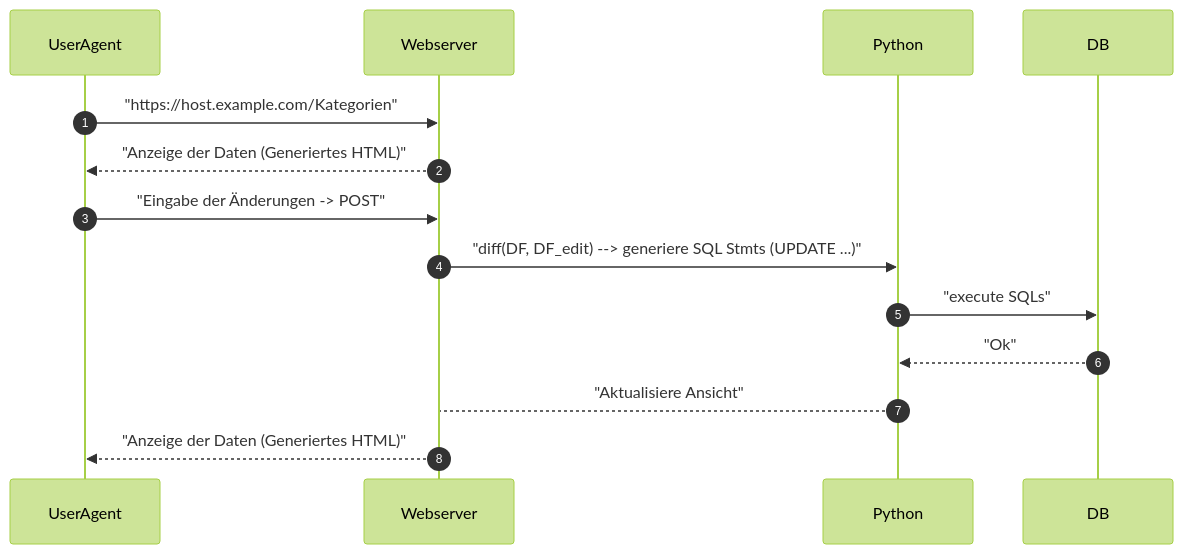
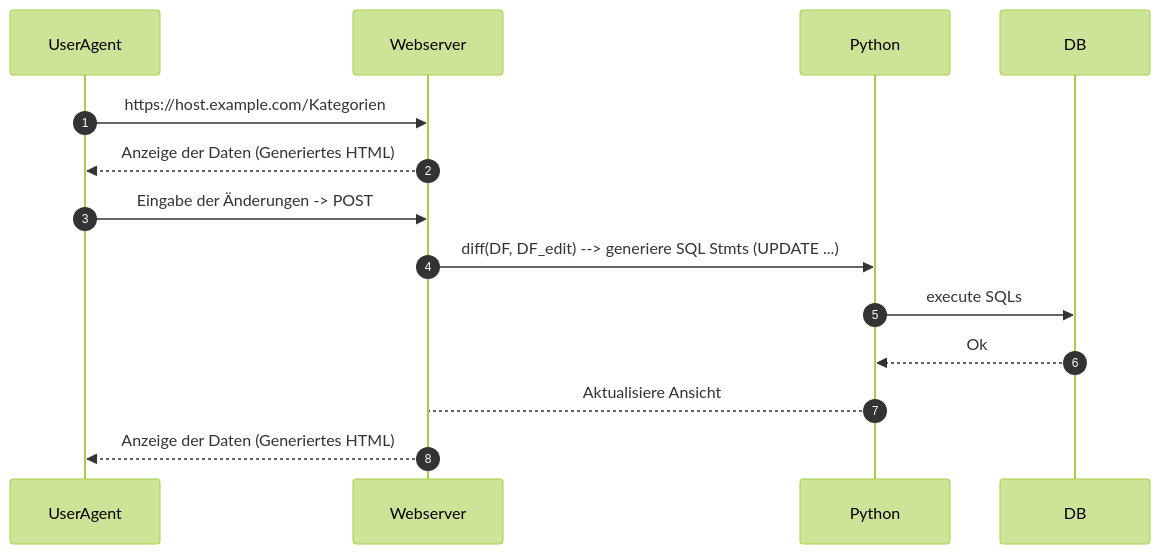
One commit to nevsglueckauf/2doList changed the diagram in doq/category.md. Above: the diagram before and after it, drawn with Mermaid (forest theme). The commit also changed 1 other file, not shown here.

Commit message:
Adding stuff 2 doq

````diff
--- a/doq/category.md
+++ b/doq/category.md
@@ -3,12 +3,12 @@
 ```mermaid
 sequenceDiagram
     autonumber
-    UserAgent->>Webserver: "https://host.example.com/Kategorien"
-    Webserver-->>UserAgent: "Anzeige der Daten (Generiertes HTML)" 
-    UserAgent->>Webserver: "Eingabe der Änderungen -> POST"
-    Webserver->>Python:  "diff(DF, DF_edit) --> generiere SQL Stmts (UPDATE ...)" 
-    Python->>DB:  "execute SQLs"
-    DB-->>Python: "Ok"
-    Python-->Webserver: "Aktualisiere Ansicht"
-    Webserver-->>UserAgent: "Anzeige der Daten (Generiertes HTML)" 
+    UserAgent->>Webserver: https://host.example.com/Kategorien
+    Webserver-->>UserAgent: Anzeige der Daten (Generiertes HTML) 
+    UserAgent->>Webserver: Eingabe der Änderungen -> POST
+    Webserver->>Python:  diff(DF, DF_edit) --> generiere SQL Stmts (UPDATE ...) 
+    Python->>DB:  execute SQLs
+    DB-->>Python: Ok
+    Python-->Webserver: Aktualisiere Ansicht
+    Webserver-->>UserAgent: Anzeige der Daten (Generiertes HTML) 
 ```
````
